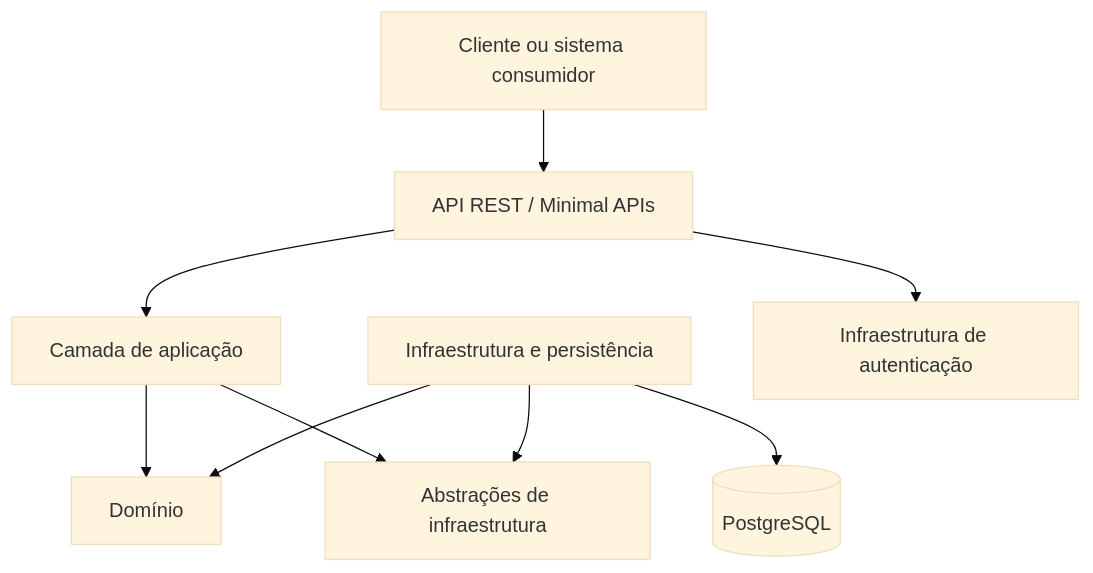
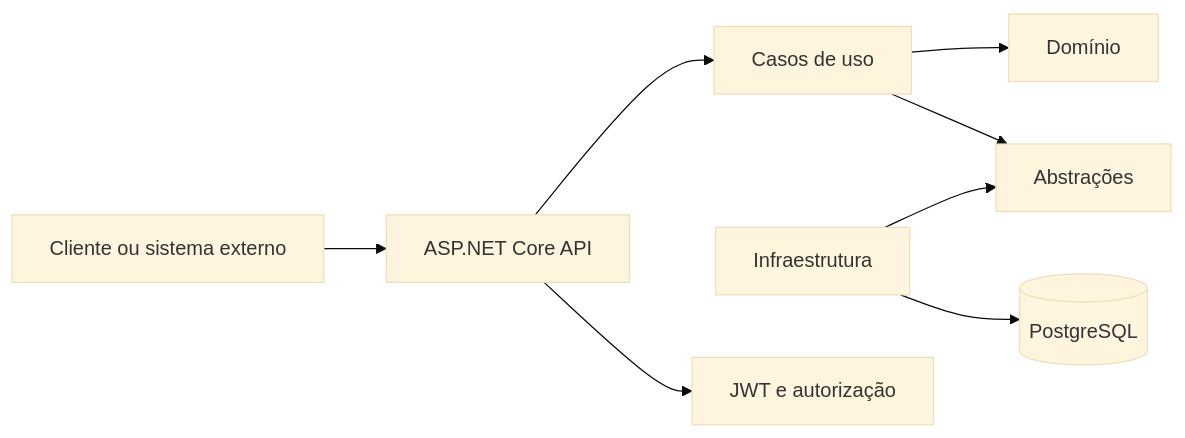
Before and after one commit to louistx/fiap-tech-challenge: the diagram in README.md, drawn with Mermaid (base theme). The commit also changed other lines of this file, not shown here.

````diff
--- a/README.md
+++ b/README.md
@@ -204,20 +47,10 @@
 ```mermaid
-flowchart TD
-    Client[Cliente ou sistema consumidor]
-    API[API REST / Minimal APIs]
-    Application[Camada de aplicação]
-    Domain[Domínio]
-    Contracts[Abstrações de infraestrutura]
-    Infrastructure[Infraestrutura e persistência]
-    Auth[Infraestrutura de autenticação]
-    Database[(PostgreSQL)]
-
-    Client --> API
-    API --> Application
-    Application --> Domain
-    Application --> Contracts
-    API --> Auth
-    Infrastructure --> Contracts
-    Infrastructure --> Domain
-    Infrastructure --> Database
+flowchart LR
+    Client[Cliente ou sistema externo] --> API[ASP.NET Core API]
+    API --> Application[Casos de uso]
+    Application --> Domain[Domínio]
+    Application --> Contracts[Abstrações]
+    Infrastructure[Infraestrutura] --> Contracts
+    Infrastructure --> Database[(PostgreSQL)]
+    API --> Auth[JWT e autorização]
 ```
````
